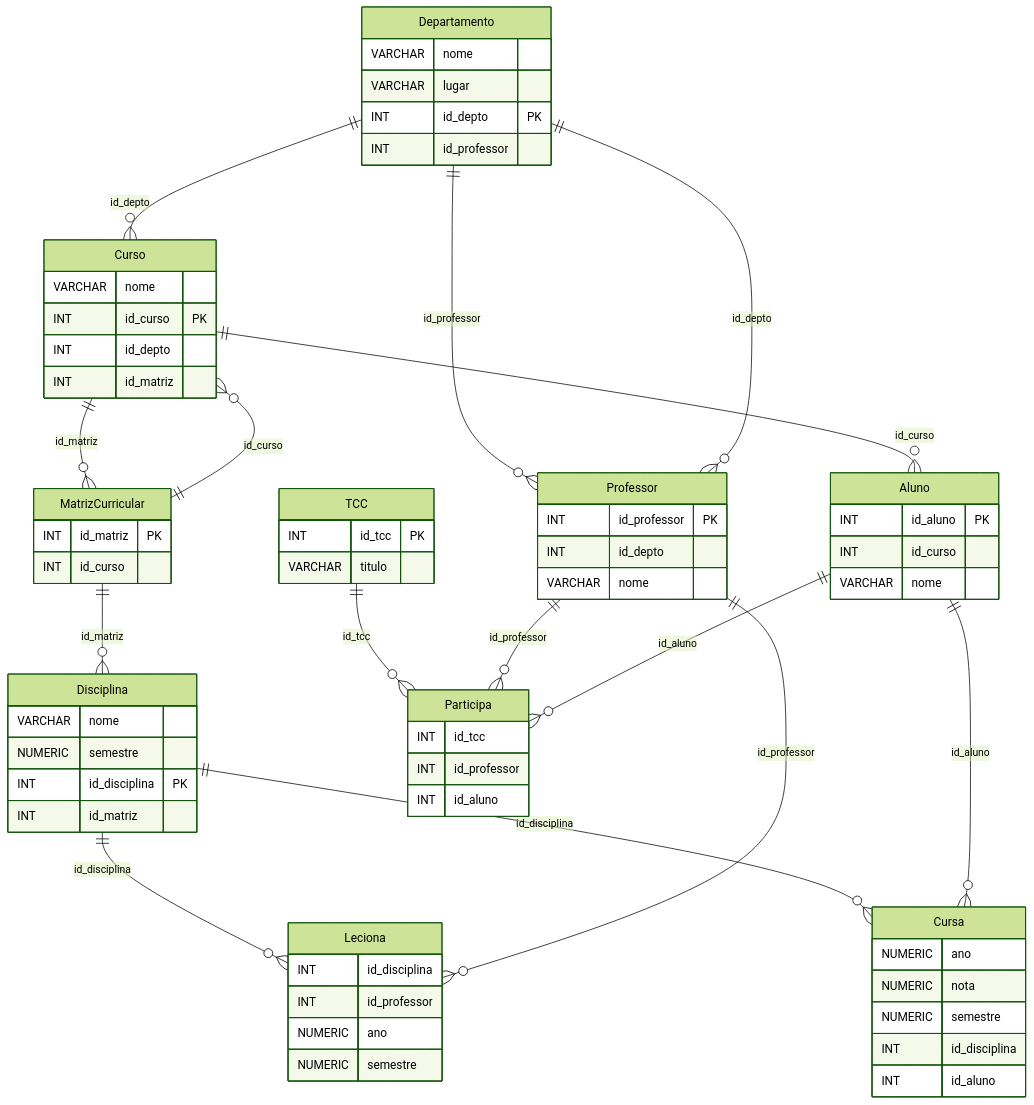
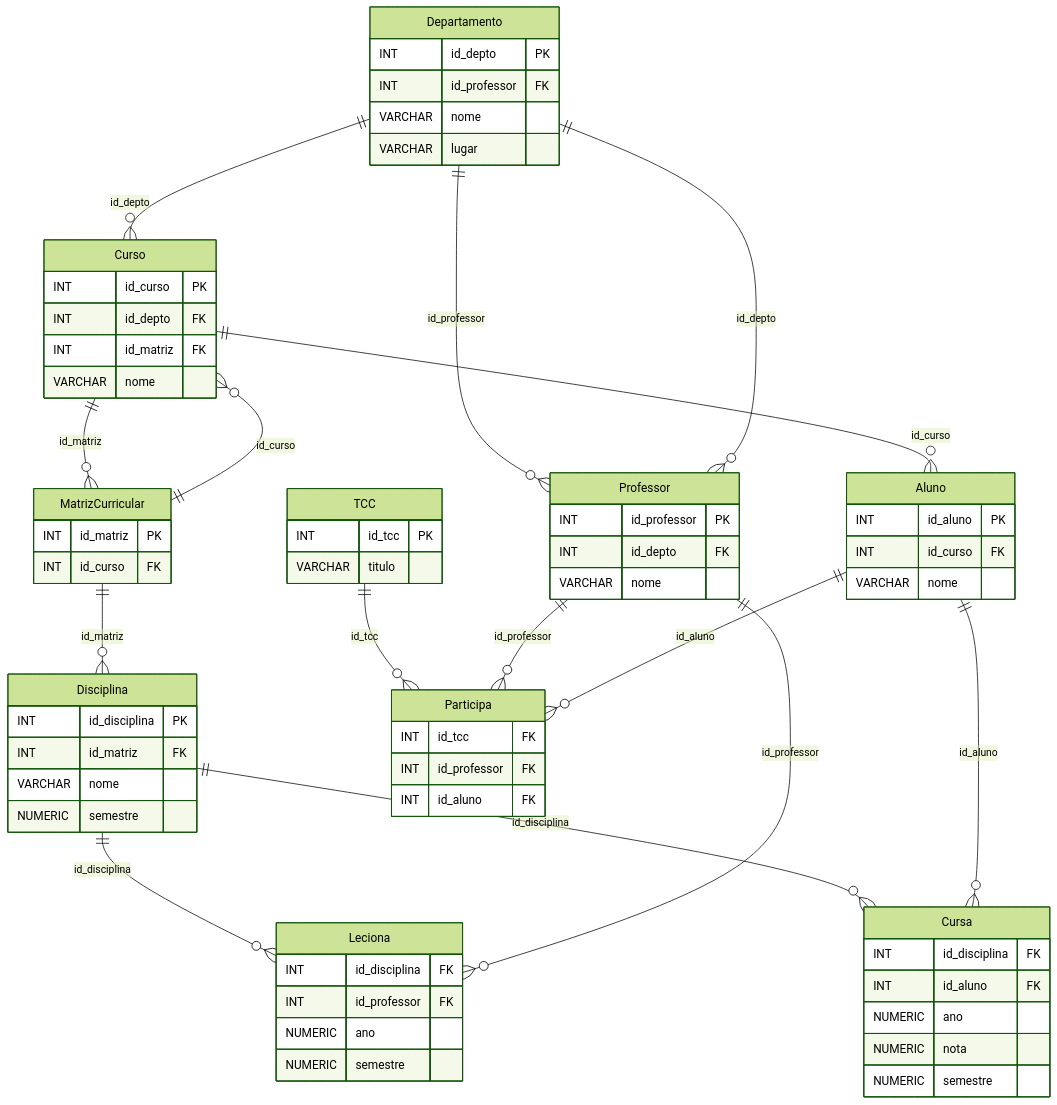
Before and after one commit to enzzopp/projeto-banco-de-dados: the diagram in README.md, drawn with Mermaid (forest theme).

````diff
--- a/README.md
+++ b/README.md
@@ -48,81 +48,81 @@
 ```mermaid
 erDiagram
     Departamento {
+        INT id_depto PK
+        INT id_professor FK
         VARCHAR nome
         VARCHAR lugar
-        INT id_depto PK
-        INT id_professor
     }
     
     Curso {
+        INT id_curso PK
+        INT id_depto FK
+        INT id_matriz FK
         VARCHAR nome
-        INT id_curso PK
-        INT id_depto
-        INT id_matriz
     }
     
     Disciplina {
+        INT id_disciplina PK
+        INT id_matriz FK
         VARCHAR nome
         NUMERIC semestre
-        INT id_disciplina PK
-        INT id_matriz
     }
     
     MatrizCurricular {
         INT id_matriz PK
-        INT id_curso
+        INT id_curso FK
     }
     
     Cursa {
+        INT id_disciplina FK
+        INT id_aluno FK
         NUMERIC ano
         NUMERIC nota
         NUMERIC semestre
-        INT id_disciplina
-        INT id_aluno
     }
     
     Aluno {
         INT id_aluno PK
-        INT id_curso
+        INT id_curso FK
         VARCHAR nome
     }
     
     Participa {
-        INT id_tcc
-        INT id_professor
-        INT id_aluno
+        INT id_tcc FK
+        INT id_professor FK
+        INT id_aluno FK
     }
     
     TCC {
         INT id_tcc PK
         VARCHAR titulo
     }
     
     Professor {
         INT id_professor PK
-        INT id_depto
+        INT id_depto FK
         VARCHAR nome
     }
     
     Leciona {
-        INT id_disciplina
-        INT id_professor
+        INT id_disciplina FK
+        INT id_professor FK
         NUMERIC ano
         NUMERIC semestre
     }
 
     Departamento ||--o{ Professor : "id_professor"
     Departamento ||--o{ Curso : "id_depto"
     Curso ||--o{ MatrizCurricular : "id_matriz"
     MatrizCurricular ||--o{ Disciplina : "id_matriz"
     MatrizCurricular ||--o{ Curso : "id_curso"
     Disciplina ||--o{ Cursa : "id_disciplina"
     Aluno ||--o{ Cursa : "id_aluno"
     Curso ||--o{ Aluno : "id_curso"
     TCC ||--o{ Participa : "id_tcc"
     Professor ||--o{ Participa : "id_professor"
     Aluno ||--o{ Participa : "id_aluno"
     Departamento ||--o{ Professor : "id_depto"
     Disciplina ||--o{ Leciona : "id_disciplina"
     Professor ||--o{ Leciona : "id_professor"
 ```
````
